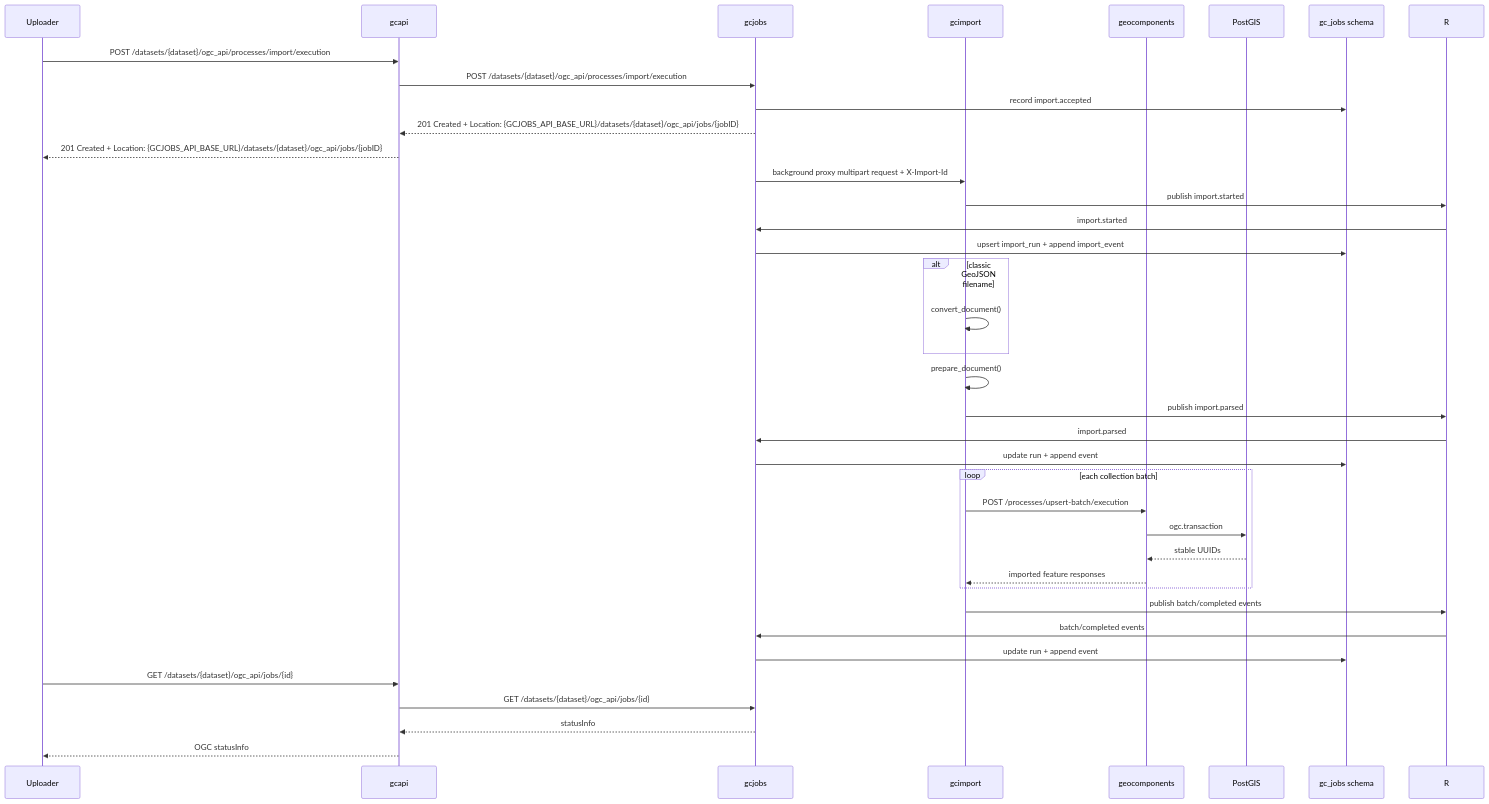
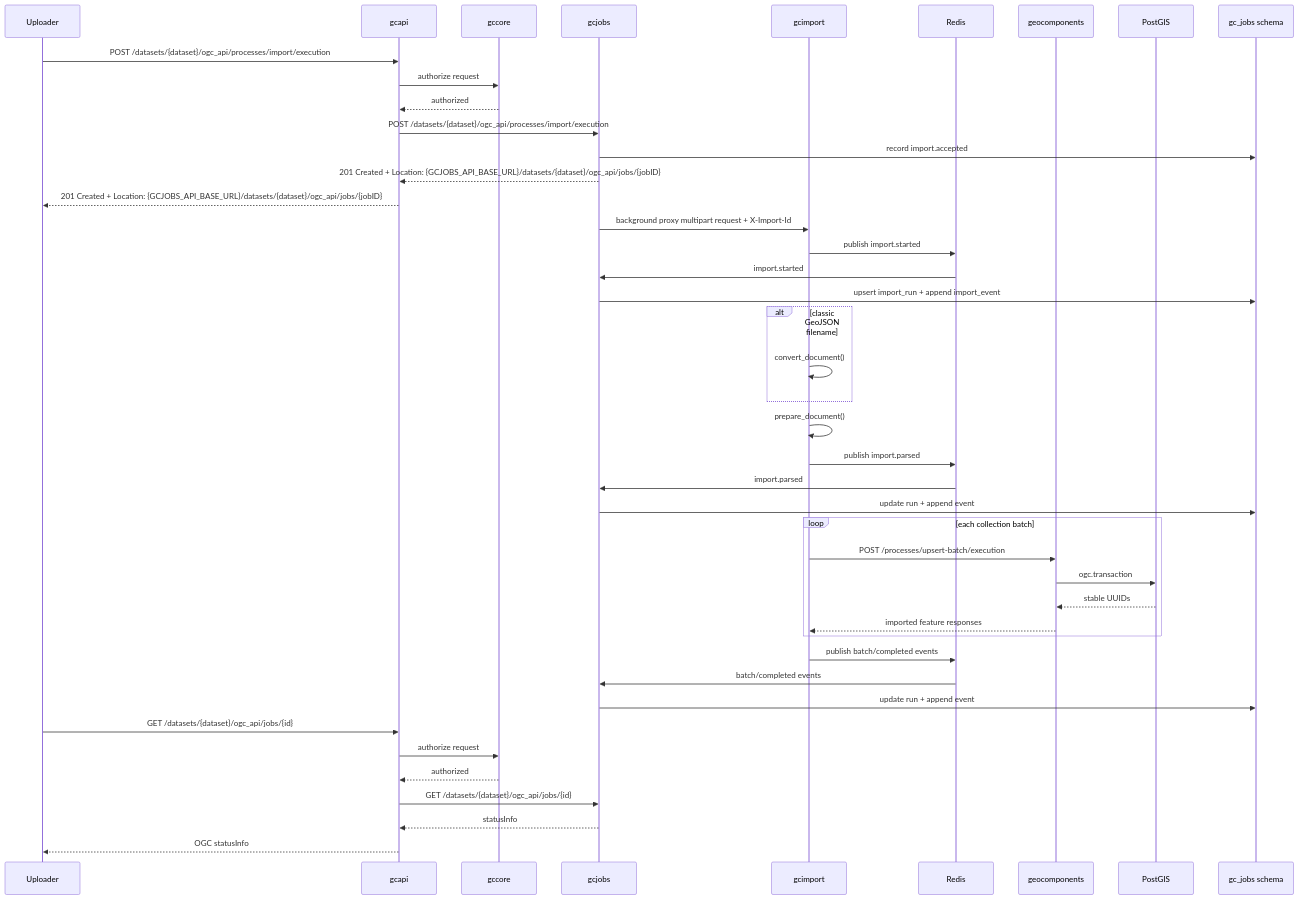
The tenth of 13 diagrams in docs/ARCHITECTURE.md (kartverket/topografisk-gdb-api), drawn with Mermaid before and after one commit. The commit also changed other lines of this file and 12 other files, not shown here.

````diff
--- a/docs/ARCHITECTURE.md
+++ b/docs/ARCHITECTURE.md
@@ -289,40 +366,46 @@
 ```mermaid
 sequenceDiagram
   participant U as Uploader
   participant A as gcapi
+  participant C as gccore
   participant J as gcjobs
   participant I as gcimport
+  participant R as Redis
   participant G as geocomponents
   participant DB as PostGIS
   participant JDB as gc_jobs schema
 
   U->>A: POST /datasets/{dataset}/ogc_api/processes/import/execution
+  A->>C: authorize request
+  C-->>A: authorized
   A->>J: POST /datasets/{dataset}/ogc_api/processes/import/execution
   J->>JDB: record import.accepted
   J-->>A: 201 Created + Location: {GCJOBS_API_BASE_URL}/datasets/{dataset}/ogc_api/jobs/{jobID}
   A-->>U: 201 Created + Location: {GCJOBS_API_BASE_URL}/datasets/{dataset}/ogc_api/jobs/{jobID}
   J->>I: background proxy multipart request + X-Import-Id
   I->>R: publish import.started
   R->>J: import.started
   J->>JDB: upsert import_run + append import_event
   alt classic GeoJSON filename
     I->>I: convert_document()
   end
   I->>I: prepare_document()
   I->>R: publish import.parsed
   R->>J: import.parsed
   J->>JDB: update run + append event
   loop each collection batch
     I->>G: POST /processes/upsert-batch/execution
     G->>DB: ogc.transaction
     DB-->>G: stable UUIDs
     G-->>I: imported feature responses
   end
   I->>R: publish batch/completed events
   R->>J: batch/completed events
   J->>JDB: update run + append event
   U->>A: GET /datasets/{dataset}/ogc_api/jobs/{id}
+  A->>C: authorize request
+  C-->>A: authorized
   A->>J: GET /datasets/{dataset}/ogc_api/jobs/{id}
   J-->>A: statusInfo
   A-->>U: OGC statusInfo
 ```
````
